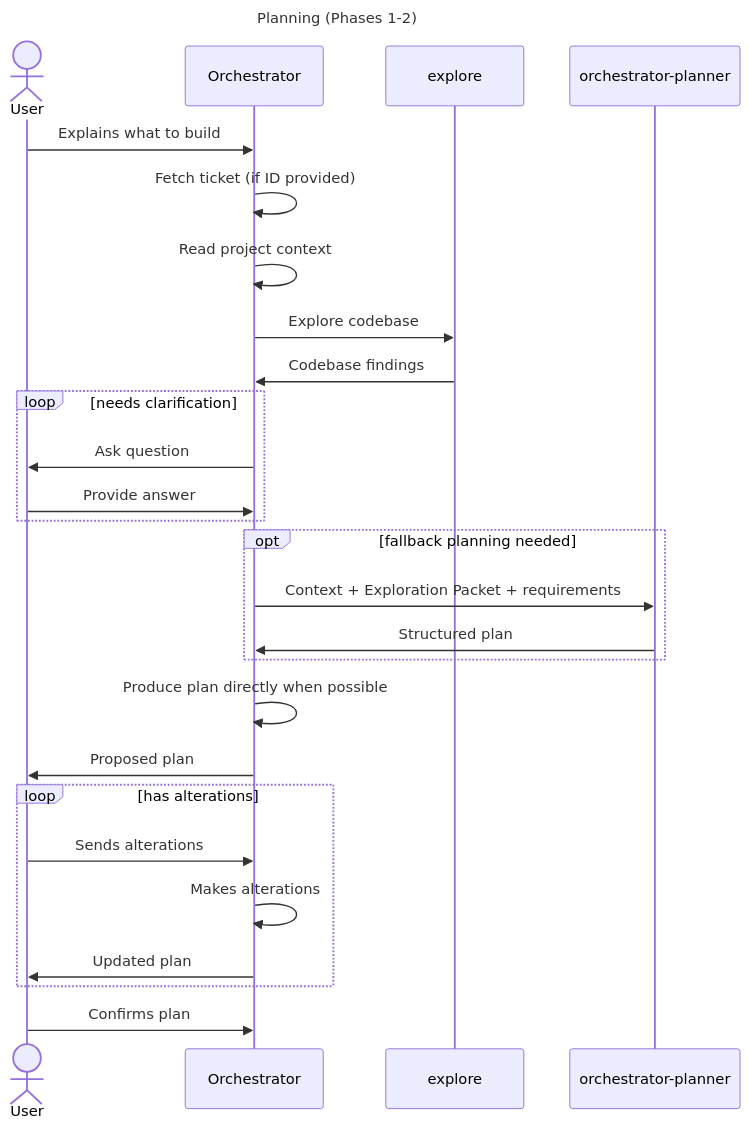
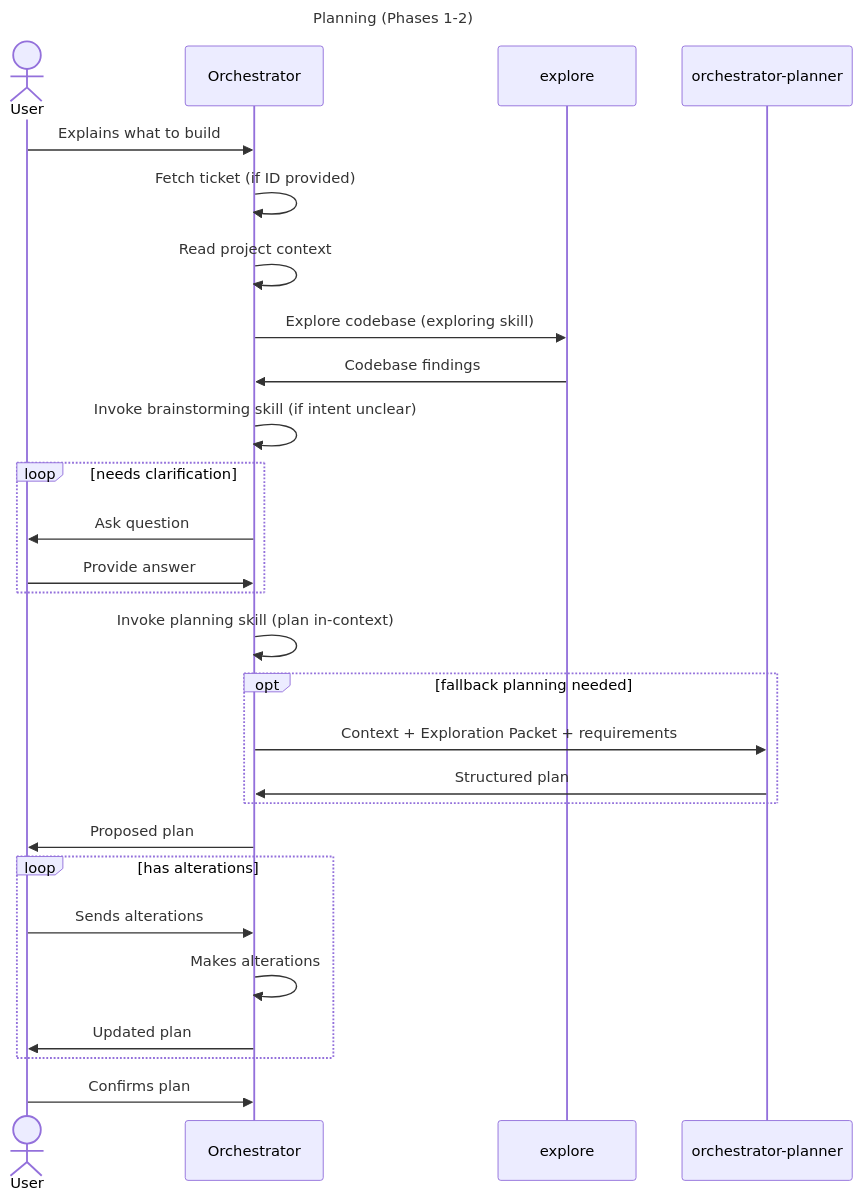
The first of 2 diagrams in agents/docs.md (mlawd/dotfiles), drawn with Mermaid before and after one commit. The commit also changed other lines of this file and 15 other files, not shown here.

````diff
--- a/agents/docs.md
+++ b/agents/docs.md
@@ -45,33 +84,34 @@
 ```mermaid
 ---
 title: Planning (Phases 1-2)
 ---
 
 sequenceDiagram
     actor u as User
     participant o as Orchestrator
     participant e as explore
     participant p as orchestrator-planner
 
     u ->> o: Explains what to build
     o ->> o: Fetch ticket (if ID provided)
     o ->> o: Read project context
-    o ->> e: Explore codebase
+    o ->> e: Explore codebase (exploring skill)
     e ->> o: Codebase findings
+    o ->> o: Invoke brainstorming skill (if intent unclear)
     loop needs clarification
         o ->> u: Ask question
         u ->> o: Provide answer
     end
+    o ->> o: Invoke planning skill (plan in-context)
     opt fallback planning needed
         o ->> p: Context + Exploration Packet + requirements
         p ->> o: Structured plan
     end
-    o ->> o: Produce plan directly when possible
     o ->> u: Proposed plan
     loop has alterations
         u ->> o: Sends alterations
         o ->> o: Makes alterations
         o ->> u: Updated plan
     end
     u ->> o: Confirms plan
 ```
````
